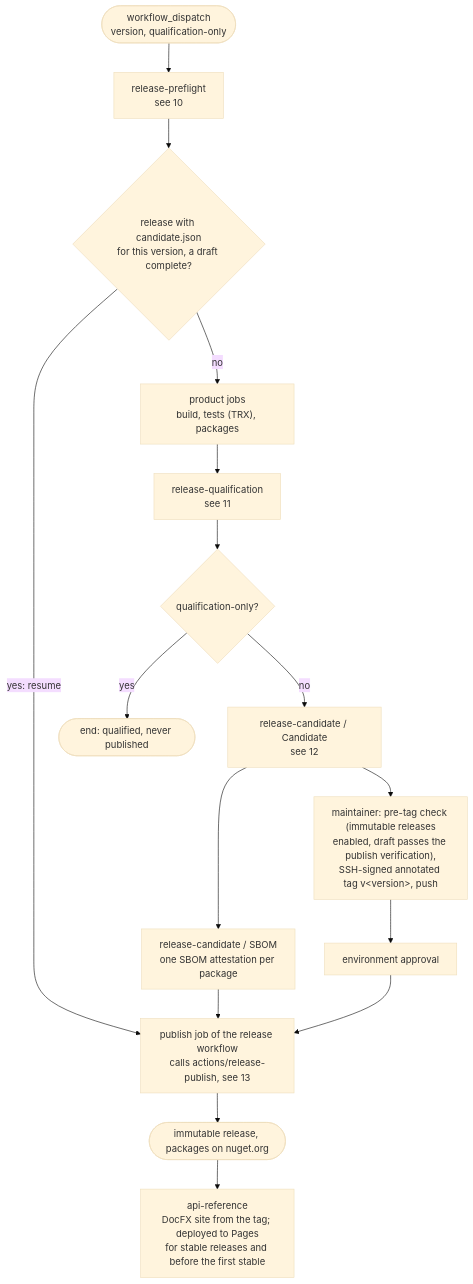
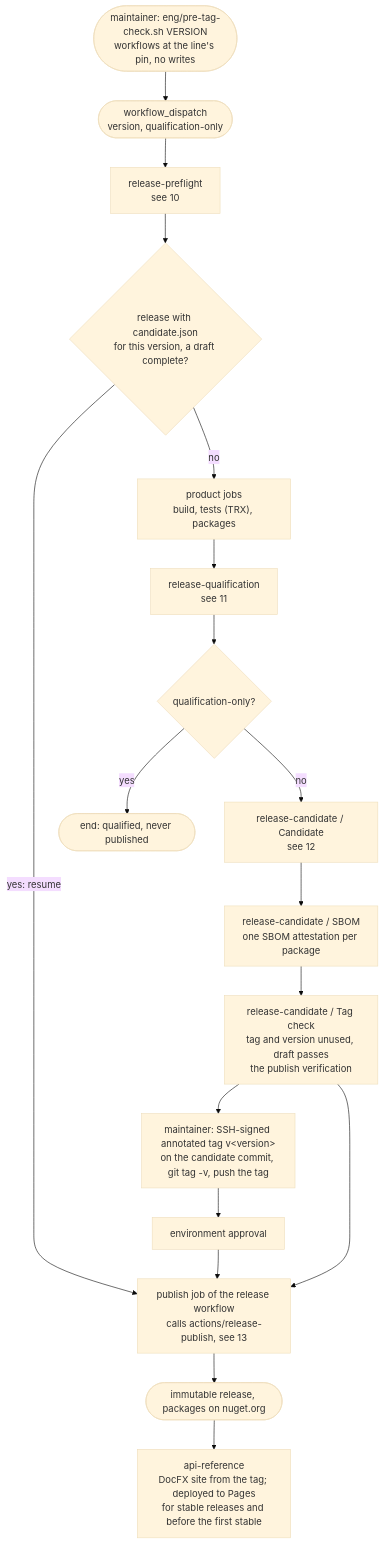
Before and after one commit to doka-labs/workflows: the ninth of 19 diagrams in docs/overview.md, drawn with Mermaid (base theme). The commit also changed other lines of this file and 30 other files, not shown here.

````diff
--- a/docs/overview.md
+++ b/docs/overview.md
@@ -270,18 +270,20 @@
 ```mermaid
 flowchart TB
+  local(["maintainer: eng/pre-tag-check.sh VERSION<br/>workflows at the line's pin, no writes"]) --> start
   start(["workflow_dispatch<br/>version, qualification-only"]) --> pre["release-preflight<br/>see 10"]
   pre --> resume{"release with candidate.json<br/>for this version, a draft complete?"}
   resume -- "yes: resume" --> publish
   resume -- no --> build["product jobs<br/>build, tests (TRX), packages"]
   build --> qual["release-qualification<br/>see 11"]
   qual --> only{"qualification-only?"}
   only -- yes --> done1(["end: qualified, never published"])
   only -- no --> cand["release-candidate / Candidate<br/>see 12"]
   cand --> sbom["release-candidate / SBOM<br/>one SBOM attestation per package"]
-  cand --> tag["maintainer: pre-tag check (immutable releases<br/>enabled, draft passes the publish verification),<br/>SSH-signed annotated tag v&lt;version&gt;, push"]
+  sbom --> check["release-candidate / Tag check<br/>tag and version unused, draft passes<br/>the publish verification"]
+  check --> tag["maintainer: SSH-signed annotated tag v&lt;version&gt;<br/>on the candidate commit, git tag -v, push the tag"]
   tag --> approve["environment approval"]
-  sbom --> publish
+  check --> publish
   approve --> publish["publish job of the release workflow<br/>calls actions/release-publish, see 13"]
   publish --> done2(["immutable release, packages on nuget.org"])
   done2 --> site["api-reference<br/>DocFX site from the tag; deployed to Pages<br/>for stable releases and before the first stable"]
 ```
````
